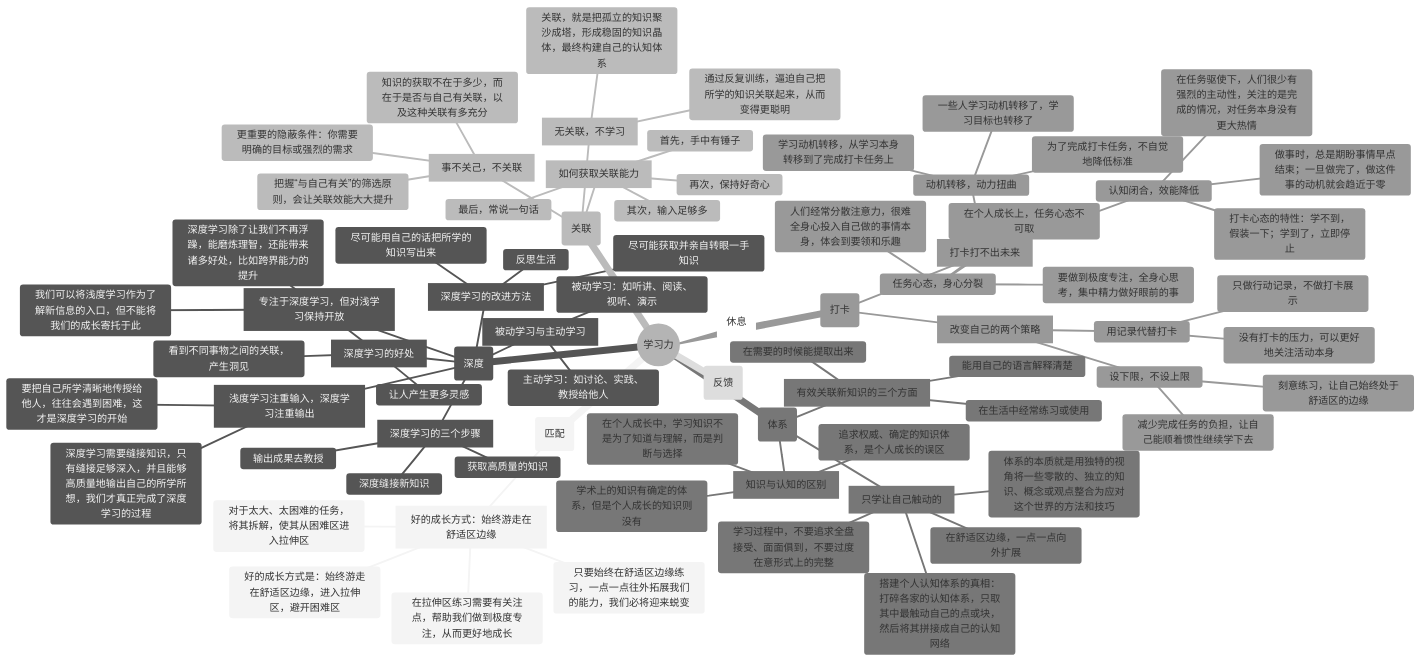
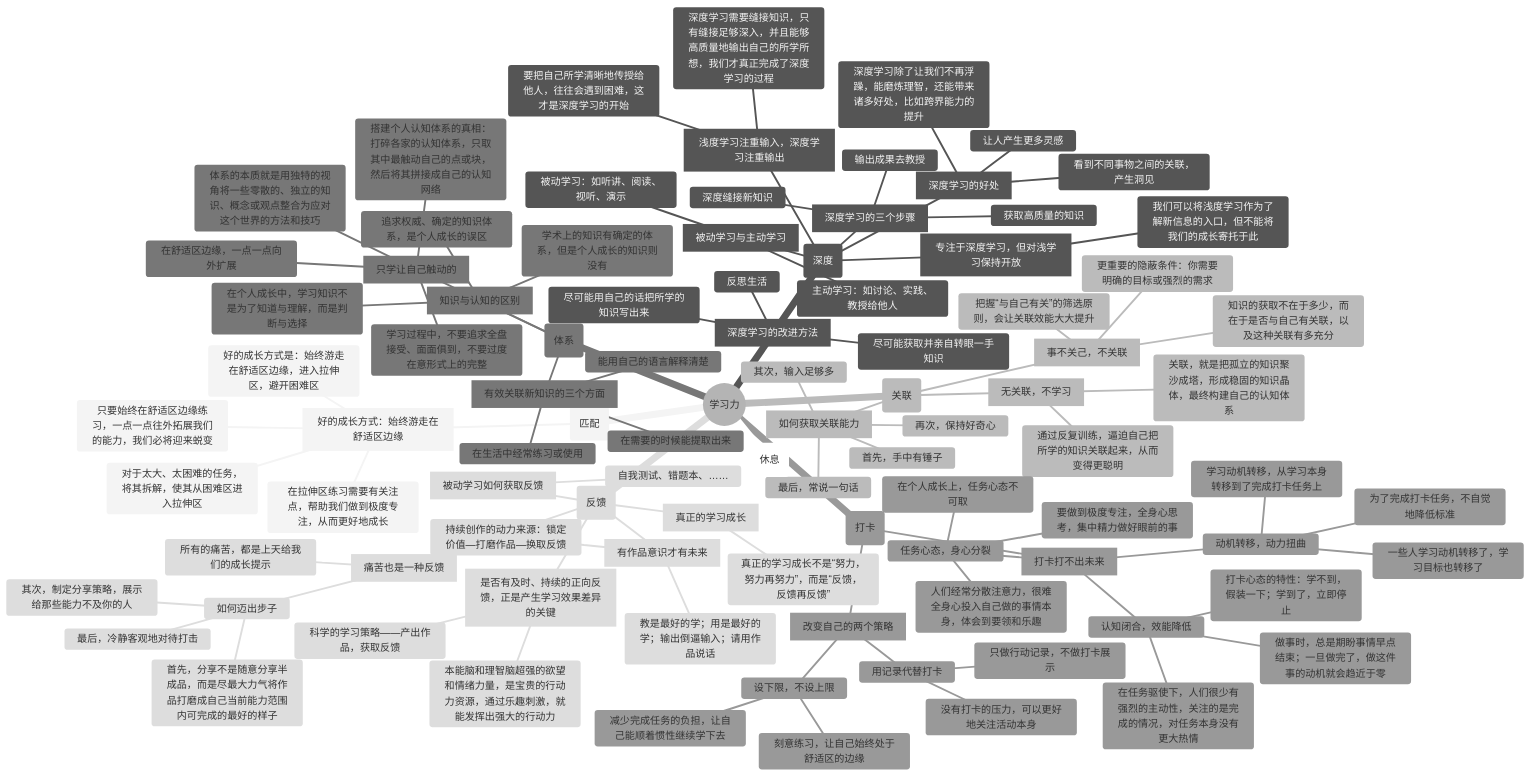
Before and after one commit to ytx-readings/zl-books: the sixth of 6 diagrams in reading-notes/rzjx/README.md, drawn with Mermaid (neutral theme). The commit also changed other lines of this file, not shown here.

````diff
--- a/reading-notes/rzjx/README.md
+++ b/reading-notes/rzjx/README.md
@@ -628,5 +646,21 @@
                 减少完成任务的负担，让自己能顺着惯性继续学下去
                 刻意练习，让自己始终处于舒适区的边缘
     (反馈)
+        [是否有及时、持续的正向反馈，正是产生学习效果差异的关键]
+            本能脑和理智脑超强的欲望和情绪力量，是宝贵的行动力资源，通过乐趣刺激，就能发挥出强大的行动力
+            科学的学习策略——产出作品，获取反馈
+        [有作品意识才有未来]
+            教是最好的学；用是最好的学；输出倒逼输入；请用作品说话
+            持续创作的动力来源：锁定价值—打磨作品—换取反馈
+        [痛苦也是一种反馈]
+            如何迈出步子
+                首先，分享不是随意分享半成品，而是尽最大力气将作品打磨成自己当前能力范围内可完成的最好的样子
+                其次，制定分享策略，展示给那些能力不及你的人
+                最后，冷静客观地对待打击
+            所有的痛苦，都是上天给我们的成长提示
+        [被动学习如何获取反馈]
+            自我测试、错题本、……
+        [真正的学习成长]
+            真正的学习成长不是“努力，努力再努力”，而是“反馈，反馈再反馈”
     (休息)
 ```
````
